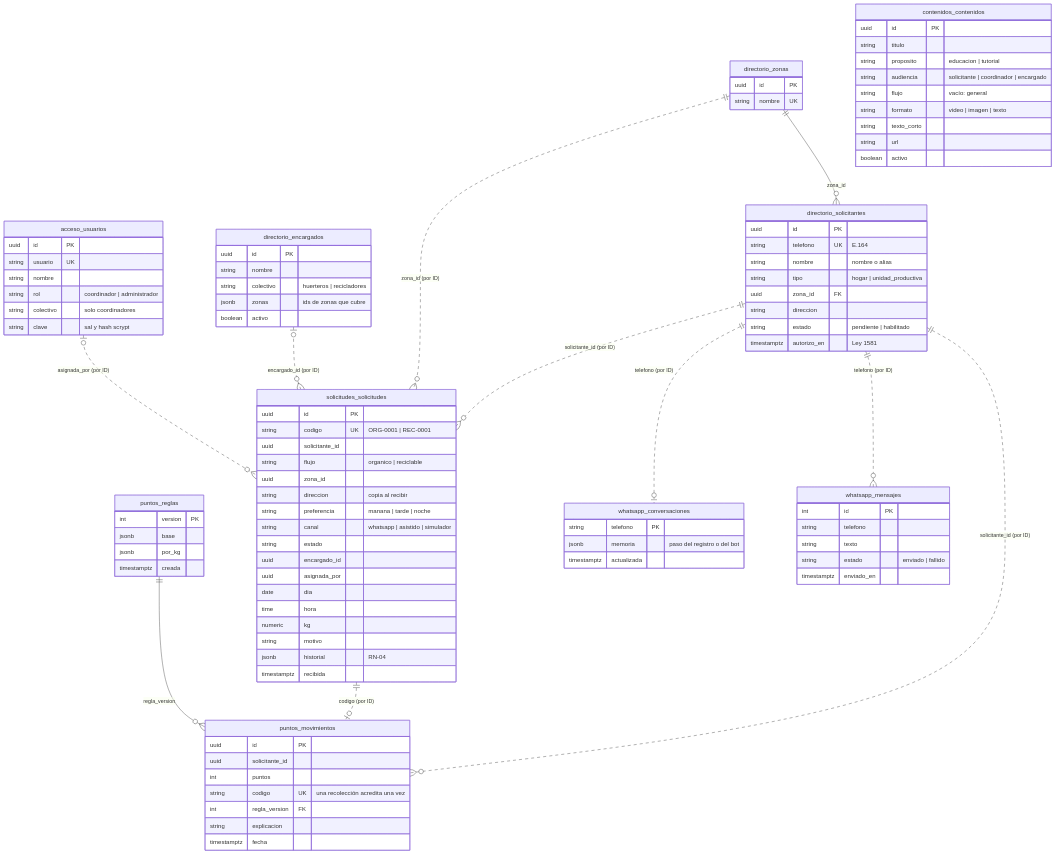
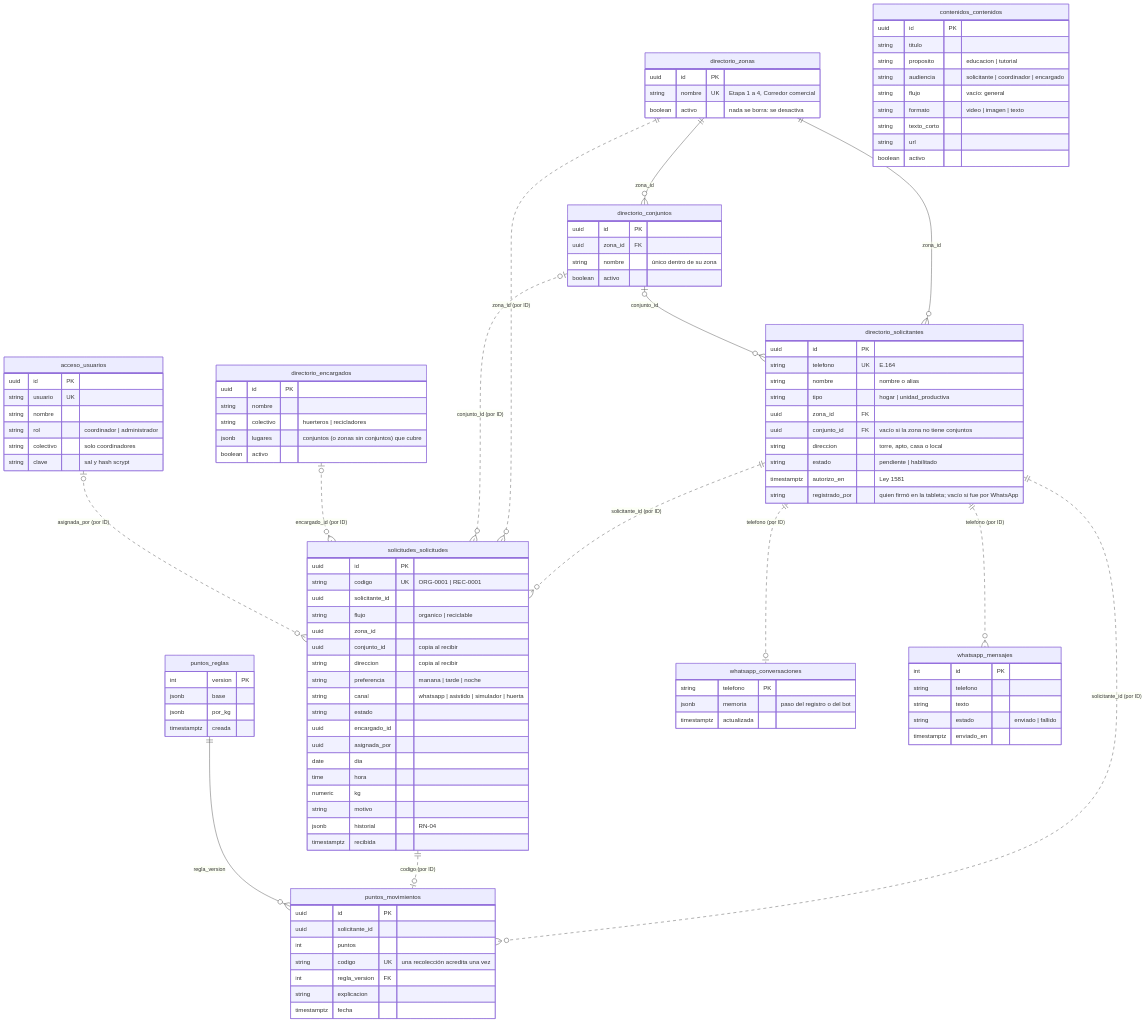
Before and after one commit to JUNIORRDSR/Hackathon-Fundacion-Santodomingo: the diagram in docs/modelo-de-datos.md, drawn with Mermaid. The commit also changed 1 other file, not shown here.

Commit message:
docs: modelo de datos con zonas, conjuntos y entrega directa, y ADR-0015

````diff
--- a/docs/modelo-de-datos.md
+++ b/docs/modelo-de-datos.md
@@ -7,8 +7,11 @@
 ```mermaid
 erDiagram
+  directorio_zonas ||--o{ directorio_conjuntos : "zona_id"
   directorio_zonas ||--o{ directorio_solicitantes : "zona_id"
+  directorio_conjuntos |o--o{ directorio_solicitantes : "conjunto_id"
   directorio_solicitantes ||..o{ solicitudes_solicitudes : "solicitante_id (por ID)"
   directorio_zonas ||..o{ solicitudes_solicitudes : "zona_id (por ID)"
+  directorio_conjuntos |o..o{ solicitudes_solicitudes : "conjunto_id (por ID)"
   directorio_encargados |o..o{ solicitudes_solicitudes : "encargado_id (por ID)"
   acceso_usuarios |o..o{ solicitudes_solicitudes : "asignada_por (por ID)"
   directorio_solicitantes ||..o{ puntos_movimientos : "solicitante_id (por ID)"
@@ -27,7 +30,14 @@
   }
   directorio_zonas {
     uuid id PK
-    string nombre UK
+    string nombre UK "Etapa 1 a 4, Corredor comercial"
+    boolean activo "nada se borra: se desactiva"
+  }
+  directorio_conjuntos {
+    uuid id PK
+    uuid zona_id FK
+    string nombre "único dentro de su zona"
+    boolean activo
   }
   directorio_solicitantes {
     uuid id PK
@@ -35,15 +45,17 @@
     string nombre "nombre o alias"
     string tipo "hogar | unidad_productiva"
     uuid zona_id FK
-    string direccion
+    uuid conjunto_id FK "vacío si la zona no tiene conjuntos"
+    string direccion "torre, apto, casa o local"
     string estado "pendiente | habilitado"
     timestamptz autorizo_en "Ley 1581"
+    string registrado_por "quien firmó en la tableta; vacío si fue por WhatsApp"
   }
   directorio_encargados {
     uuid id PK
     string nombre
     string colectivo "huerteros | recicladores"
-    jsonb zonas "ids de zonas que cubre"
+    jsonb lugares "conjuntos (o zonas sin conjuntos) que cubre"
     boolean activo
   }
   solicitudes_solicitudes {
@@ -52,9 +64,10 @@
     uuid solicitante_id
     string flujo "organico | reciclable"
     uuid zona_id
+    uuid conjunto_id "copia al recibir"
     string direccion "copia al recibir"
     string preferencia "manana | tarde | noche"
-    string canal "whatsapp | asistido | simulador"
+    string canal "whatsapp | asistido | simulador | huerta"
     string estado
     uuid encargado_id
     uuid asignada_por
````
